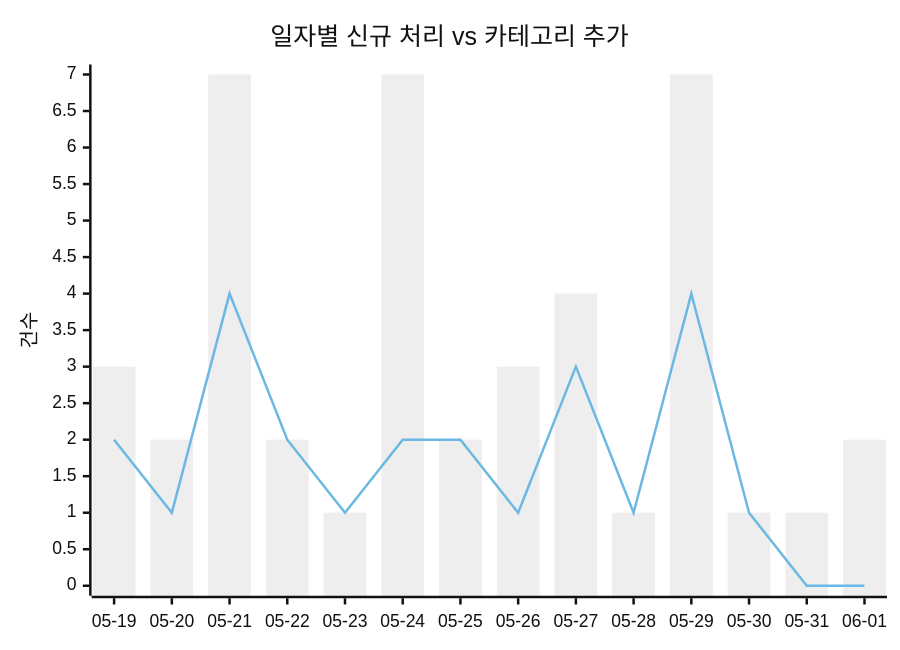
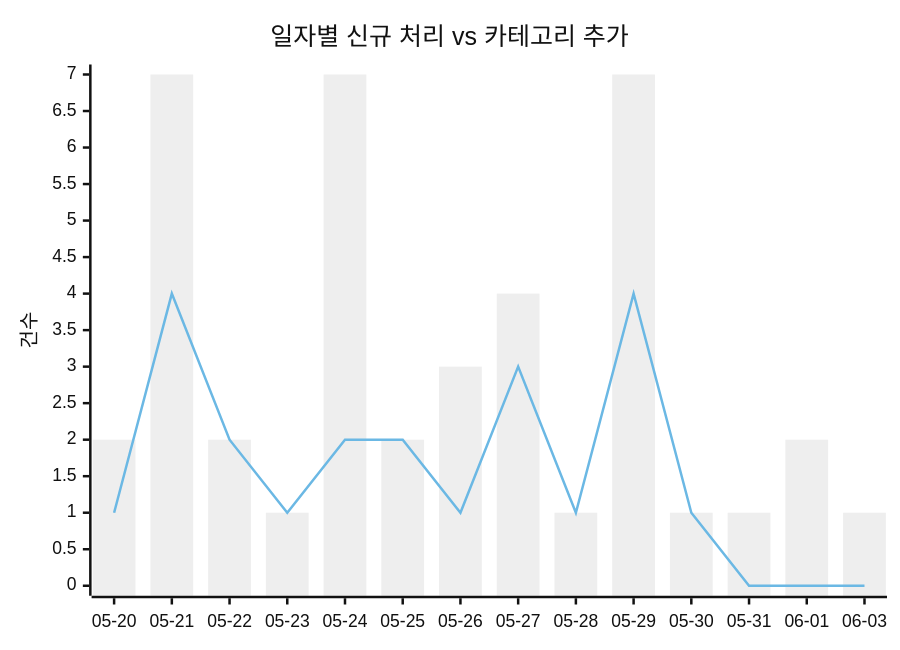
The first of 2 diagrams in docs/trends.md (J-nowcow/awesome-korean-agent-skills), drawn with Mermaid (neutral theme) before and after one commit. The commit also changed other lines of this file and 2 other files, not shown here.

````diff
--- a/docs/trends.md
+++ b/docs/trends.md
@@ -32,8 +32,8 @@
 ```mermaid
 xychart-beta
     title "일자별 신규 처리 vs 카테고리 추가"
-    x-axis ["05-19","05-20","05-21","05-22","05-23","05-24","05-25","05-26","05-27","05-28","05-29","05-30","05-31","06-01"]
+    x-axis ["05-20","05-21","05-22","05-23","05-24","05-25","05-26","05-27","05-28","05-29","05-30","05-31","06-01","06-03"]
     y-axis "건수"
-    bar [3,2,7,2,1,7,2,3,4,1,7,1,1,2]
-    line [2,1,4,2,1,2,2,1,3,1,4,1,0,0]
+    bar [2,7,2,1,7,2,3,4,1,7,1,1,2,1]
+    line [1,4,2,1,2,2,1,3,1,4,1,0,0,0]
 ```
````
